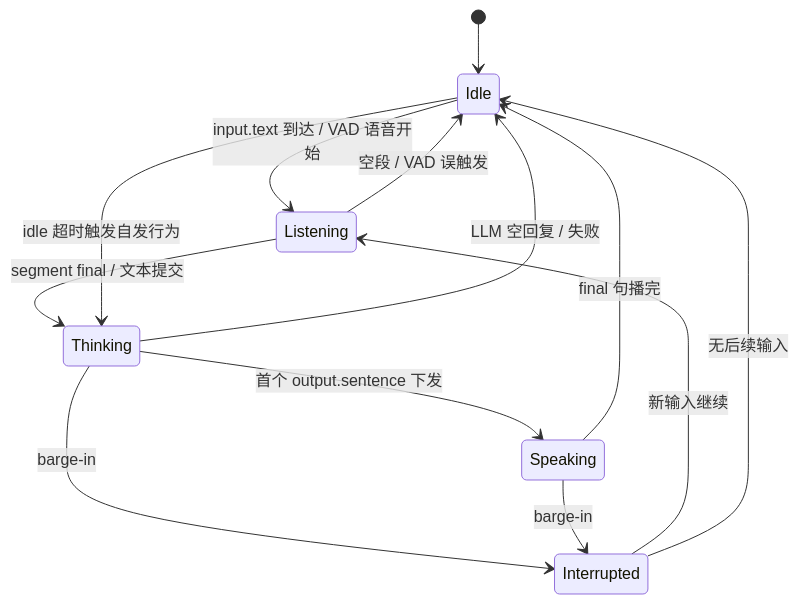
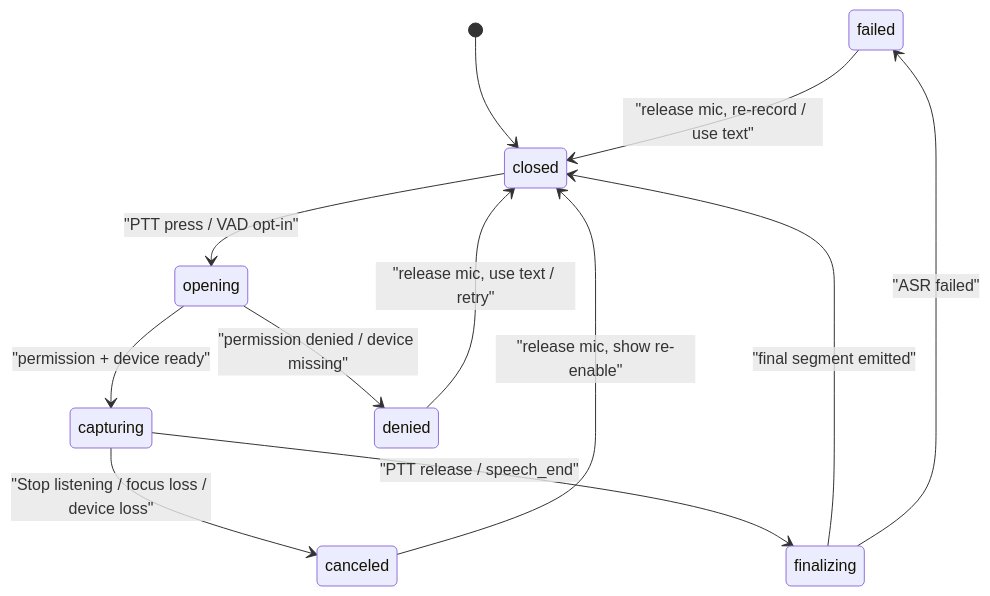
One commit to Momoyeyu/momo changed the second of 9 diagrams in docs/01-architecture/runtime.md. Above: the diagram before and after it, drawn with Mermaid. The commit also changed other lines of this file and 122 other files, not shown here.

````diff
--- a/docs/01-architecture/runtime.md
+++ b/docs/01-architecture/runtime.md
@@ -8,15 +41,15 @@
 ```mermaid
 stateDiagram-v2
-    [*] --> Idle
-    Idle --> Listening : input.text 到达 / VAD 语音开始
-    Listening --> Thinking : segment final / 文本提交
-    Listening --> Idle : 空段 / VAD 误触发
-    Thinking --> Speaking : 首个 output.sentence 下发
-    Thinking --> Interrupted : barge-in
-    Thinking --> Idle : LLM 空回复 / 失败
-    Speaking --> Interrupted : barge-in
-    Speaking --> Idle : final 句播完
-    Interrupted --> Listening : 新输入继续
-    Interrupted --> Idle : 无后续输入
-    Idle --> Thinking : idle 超时触发自发行为
+    state "failed" as captureFailure
+    [*] --> closed
+    closed --> opening: "PTT press / VAD opt-in"
+    opening --> capturing: "permission + device ready"
+    opening --> denied: "permission denied / device missing"
+    capturing --> finalizing: "PTT release / speech_end"
+    capturing --> canceled: "Stop listening / focus loss / device loss"
+    finalizing --> closed: "final segment emitted"
+    finalizing --> captureFailure: "ASR failed"
+    denied --> closed: "release mic, use text / retry"
+    canceled --> closed: "release mic, show re-enable"
+    captureFailure --> closed: "release mic, re-record / use text"
 ```
````
